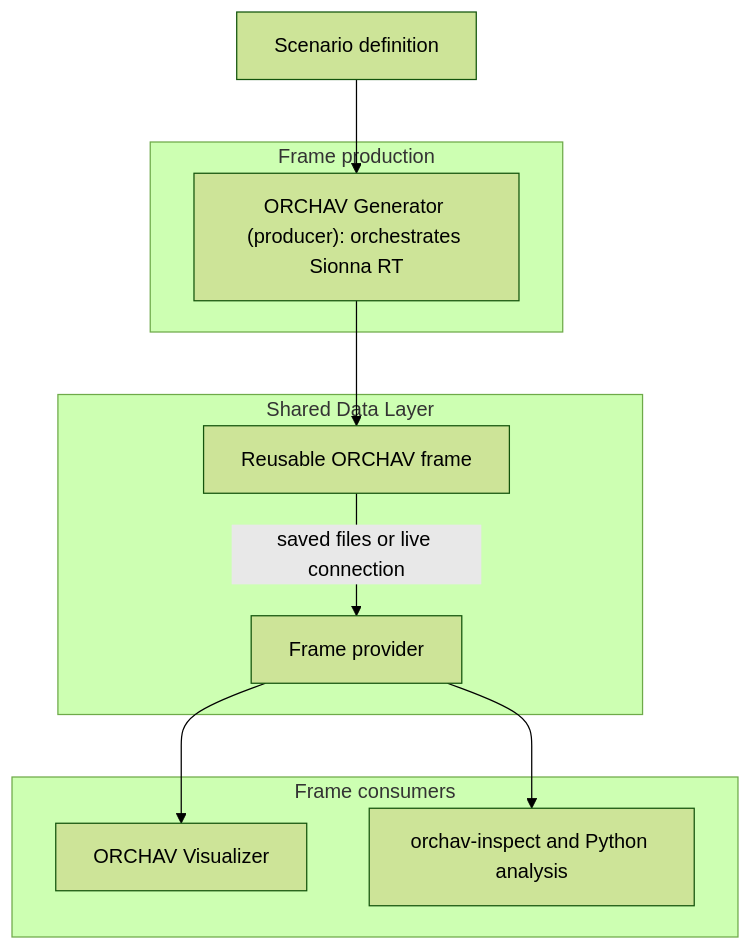
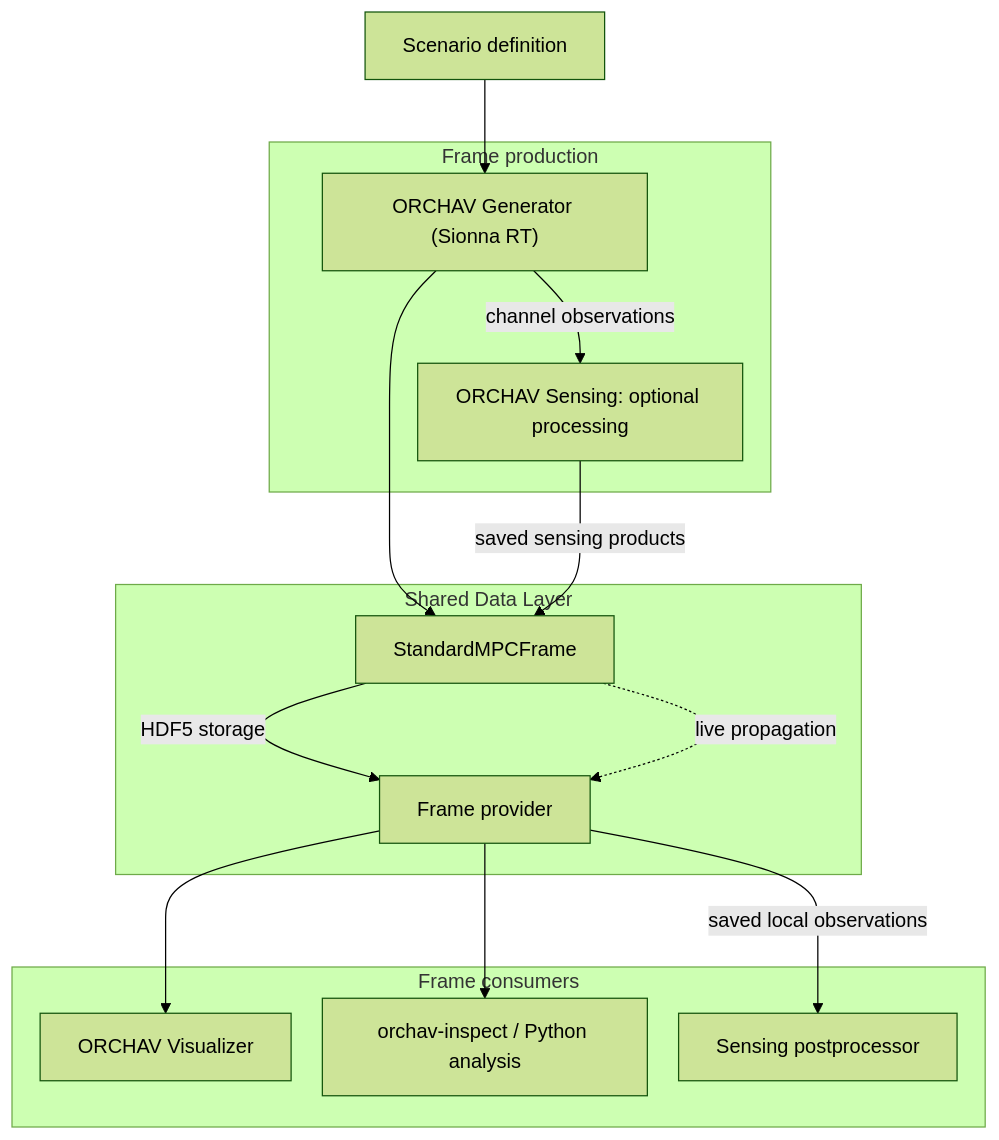
One commit to usnistgov/ORCHAV changed the diagram in README.md. Above: the diagram before and after it, drawn with Mermaid (forest theme). The commit also changed other lines of this file and 1981 other files, not shown here.

````diff
--- a/README.md
+++ b/README.md
@@ -50,23 +62,30 @@
 ```mermaid
+%%{init: {"flowchart": {"nodeSpacing": 25}}}%%
 flowchart TB
     Scenario["Scenario definition"]
 
     subgraph Production["Frame production"]
-        Generator["ORCHAV Generator (producer): orchestrates Sionna RT"]
+        Generator["ORCHAV Generator (Sionna RT)"]
+        Sensing["ORCHAV Sensing: optional processing"]
+        Generator -->|"channel observations"| Sensing
     end
 
     subgraph Shared["Shared Data Layer"]
-        Frame["Reusable ORCHAV frame"]
+        Frame["StandardMPCFrame"]
         Provider["Frame provider"]
-        Frame -->|"saved files or live connection"| Provider
+        Frame -->|"HDF5 storage"| Provider
+        Frame -.->|"live propagation"| Provider
     end
 
     subgraph Consumers["Frame consumers"]
         Visualizer["ORCHAV Visualizer"]
-        Analysis["orchav-inspect and Python analysis"]
+        Analysis["orchav-inspect / Python analysis"]
+        Reprocess["Sensing postprocessor"]
     end
 
     Scenario --> Generator --> Frame
+    Sensing -->|"saved sensing products"| Frame
     Provider --> Visualizer
     Provider --> Analysis
+    Provider -->|"saved local observations"| Reprocess
 ```
````
